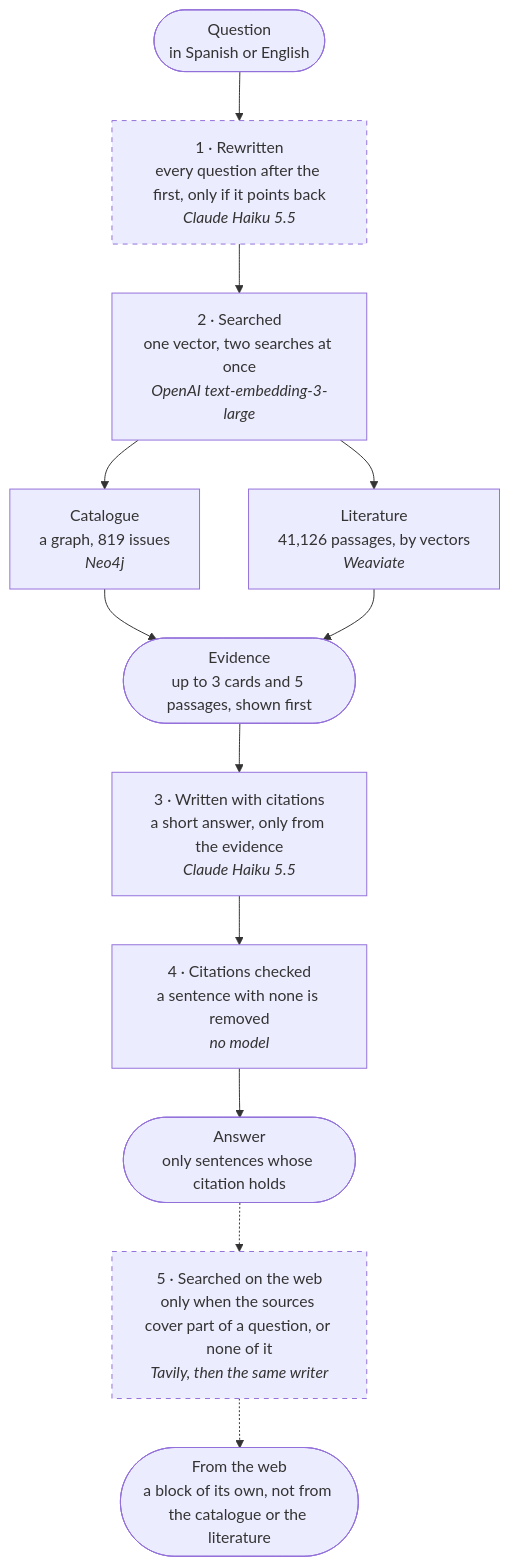
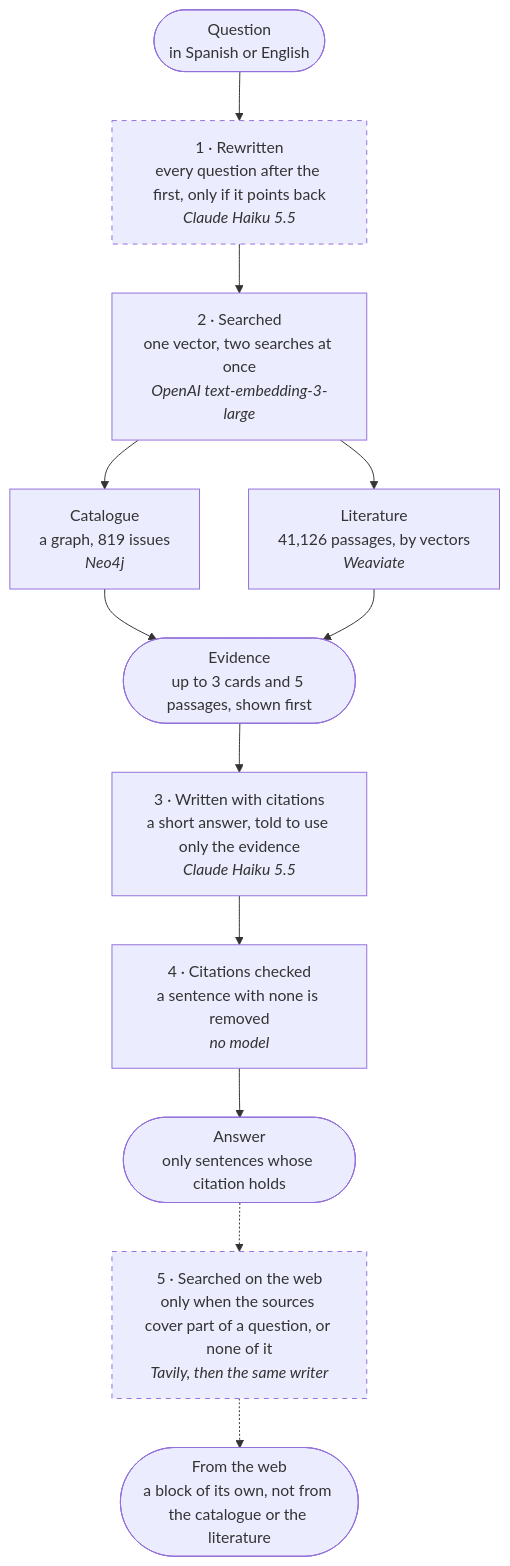
Before and after one commit to TecnologiasVM/oxcart: the diagram in README.md, drawn with Mermaid. The commit also changed other lines of this file and 17 other files, not shown here.

````diff
--- a/README.md
+++ b/README.md
@@ -82,17 +85,17 @@
 ```mermaid
 flowchart TD
     Q(["Question<br/>in Spanish or English"]) --> R
     R["1 · Rewritten<br/>every question after the first, only if it points back<br/><i>Claude Haiku 5.5</i>"] --> S
     S["2 · Searched<br/>one vector, two searches at once<br/><i>OpenAI text-embedding-3-large</i>"] --> C
     S --> L
     C["Catalogue<br/>a graph, 819 issues<br/><i>Neo4j</i>"] --> E
     L["Literature<br/>41,126 passages, by vectors<br/><i>Weaviate</i>"] --> E
     E(["Evidence<br/>up to 3 cards and 5 passages, shown first"]) --> W
-    W["3 · Written with citations<br/>a short answer, only from the evidence<br/><i>Claude Haiku 5.5</i>"] --> K
+    W["3 · Written with citations<br/>a short answer, told to use only the evidence<br/><i>Claude Haiku 5.5</i>"] --> K
     K["4 · Citations checked<br/>a sentence with none is removed<br/><i>no model</i>"] --> A
     A(["Answer<br/>only sentences whose citation holds"]) -.-> X
     X["5 · Searched on the web<br/>only when the sources cover part of a question, or none of it<br/><i>Tavily, then the same writer</i>"] -.-> B
     B(["From the web<br/>a block of its own, not from the catalogue or the literature"])
     style R stroke-dasharray: 5 5
     style X stroke-dasharray: 5 5
 ```
````
